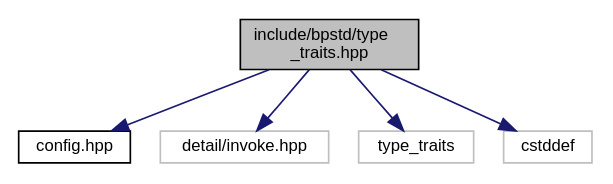
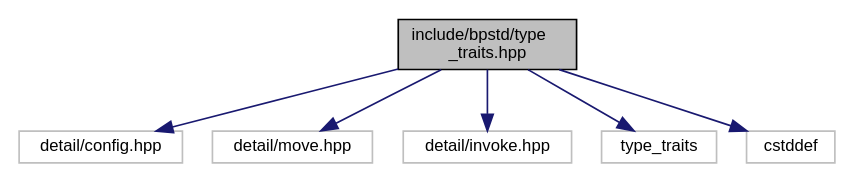
Before and after one commit to bitwizeshift/BackportCpp: the diagram in api/latest/d3/dc6/type__traits_8hpp__incl.dot, drawn with Graphviz. The commit also changed 67 other files, not shown here.

```diff
--- a/api/latest/d3/dc6/type__traits_8hpp__incl.dot
+++ b/api/latest/d3/dc6/type__traits_8hpp__incl.dot
@@ -1,14 +1,16 @@
 digraph "include/bpstd/type_traits.hpp"
 {
   edge [fontname="Helvetica",fontsize="10",labelfontname="Helvetica",labelfontsize="10"];
   node [fontname="Helvetica",fontsize="10",shape=record];
   Node0 [label="include/bpstd/type\l_traits.hpp",height=0.2,width=0.4,color="black", fillcolor="grey75", style="filled", fontcolor="black"];
   Node0 -> Node1 [color="midnightblue",fontsize="10",style="solid",fontname="Helvetica"];
-  Node1 [label="config.hpp",height=0.2,width=0.4,color="black", fillcolor="white", style="filled",URL="$d8/dfd/config_8hpp.html",tooltip="This header provides configuration data for the bpstd library. "];
+  Node1 [label="detail/config.hpp",height=0.2,width=0.4,color="grey75", fillcolor="white", style="filled"];
   Node0 -> Node2 [color="midnightblue",fontsize="10",style="solid",fontname="Helvetica"];
-  Node2 [label="detail/invoke.hpp",height=0.2,width=0.4,color="grey75", fillcolor="white", style="filled"];
+  Node2 [label="detail/move.hpp",height=0.2,width=0.4,color="grey75", fillcolor="white", style="filled"];
   Node0 -> Node3 [color="midnightblue",fontsize="10",style="solid",fontname="Helvetica"];
-  Node3 [label="type_traits",height=0.2,width=0.4,color="grey75", fillcolor="white", style="filled"];
+  Node3 [label="detail/invoke.hpp",height=0.2,width=0.4,color="grey75", fillcolor="white", style="filled"];
   Node0 -> Node4 [color="midnightblue",fontsize="10",style="solid",fontname="Helvetica"];
-  Node4 [label="cstddef",height=0.2,width=0.4,color="grey75", fillcolor="white", style="filled"];
+  Node4 [label="type_traits",height=0.2,width=0.4,color="grey75", fillcolor="white", style="filled"];
+  Node0 -> Node5 [color="midnightblue",fontsize="10",style="solid",fontname="Helvetica"];
+  Node5 [label="cstddef",height=0.2,width=0.4,color="grey75", fillcolor="white", style="filled"];
 }
```
